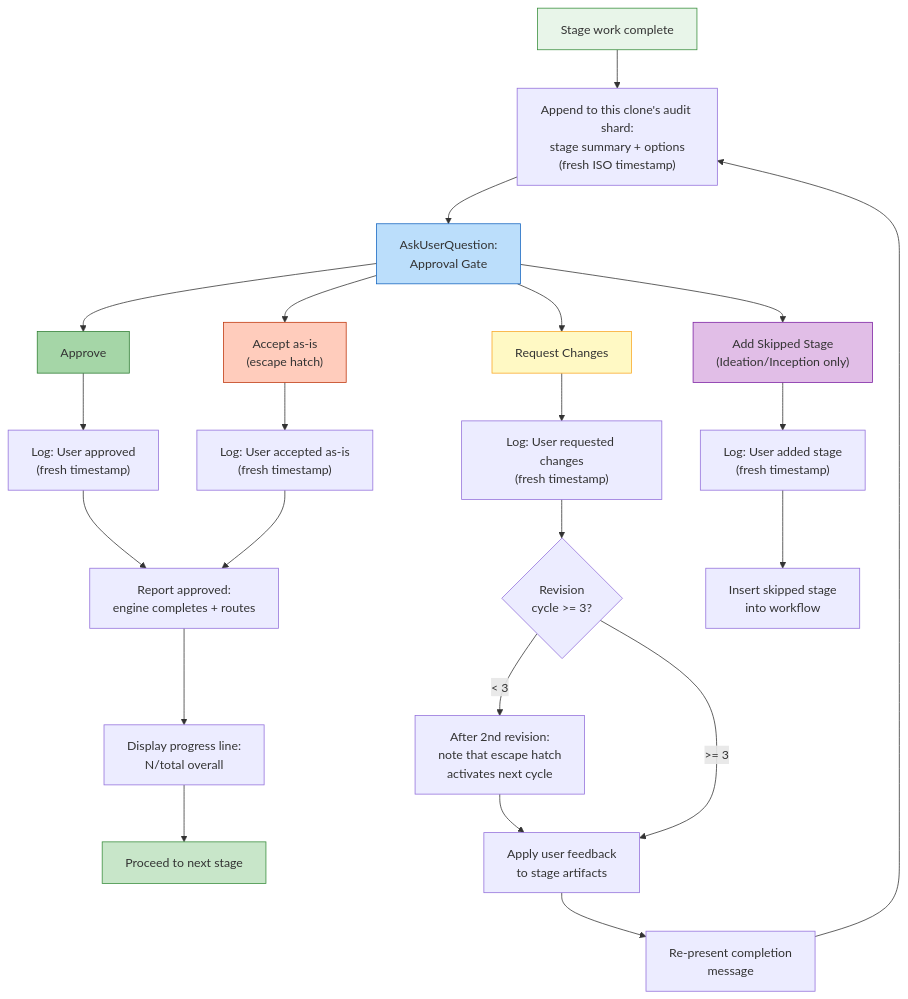
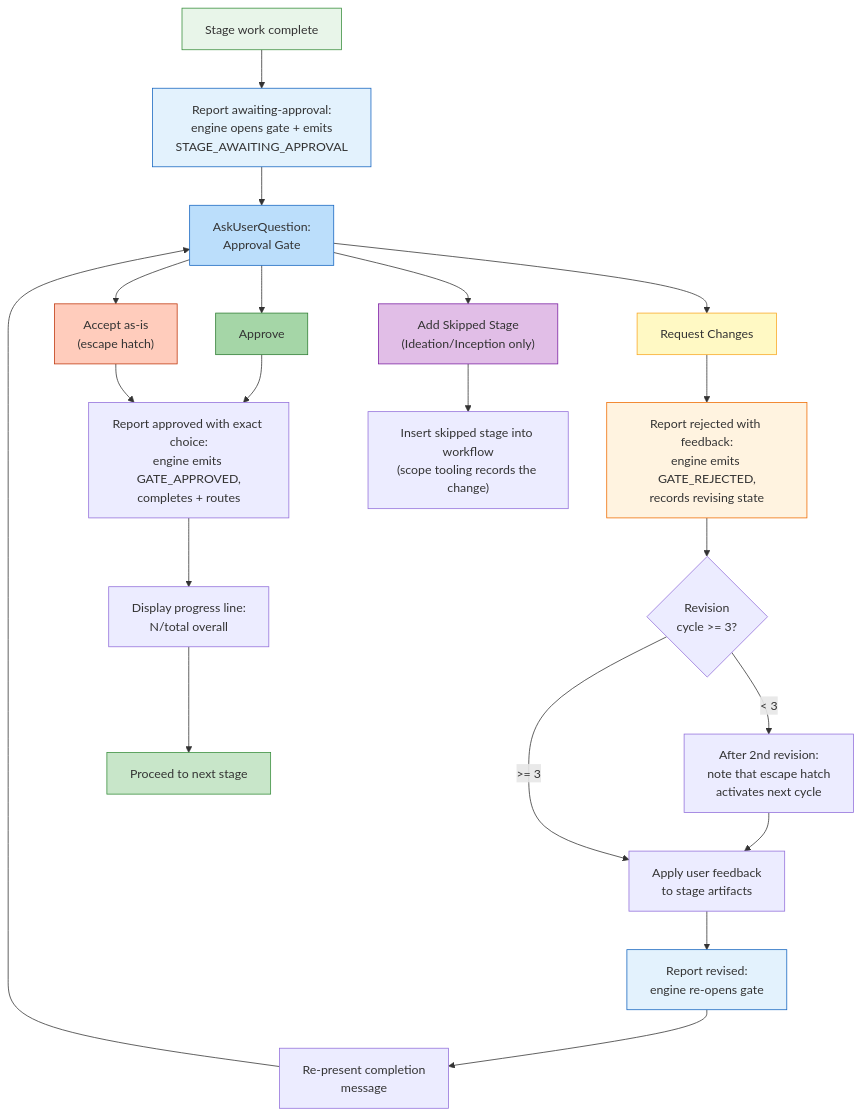
Before and after one commit to awslabs/aidlc-workflows: the diagram in docs/guide/07-interaction-modes.md, drawn with Mermaid. The commit also changed other lines of this file and 15 other files, not shown here.

````diff
--- a/docs/guide/07-interaction-modes.md
+++ b/docs/guide/07-interaction-modes.md
@@ -78,51 +78,51 @@
 ```mermaid
 flowchart TD
     COMPLETE["Stage work complete"]
-    AUDIT_PRE["Append to this clone's audit shard:\nstage summary + options\n(fresh ISO timestamp)"]
+    REPORT_AWAITING["Report awaiting-approval:\nengine opens gate + emits\nSTAGE_AWAITING_APPROVAL"]
     ASK["AskUserQuestion:\nApproval Gate"]
 
     APPROVE["Approve"]
     CHANGES["Request Changes"]
     ACCEPT["Accept as-is\n(escape hatch)"]
     ADD_STAGE["Add Skipped Stage\n(Ideation/Inception only)"]
 
-    AUDIT_POST_A["Log: User approved\n(fresh timestamp)"]
-    AUDIT_POST_C["Log: User requested changes\n(fresh timestamp)"]
-    AUDIT_POST_ACC["Log: User accepted as-is\n(fresh timestamp)"]
-    AUDIT_POST_ADD["Log: User added stage\n(fresh timestamp)"]
-
     REVISION_COUNT{"Revision\ncycle >= 3?"}
     NOTE_2ND["After 2nd revision:\nnote that escape hatch\nactivates next cycle"]
 
-    REPORT_APPROVED["Report approved:\nengine completes + routes"]
+    REPORT_APPROVED["Report approved with exact choice:\nengine emits GATE_APPROVED,\ncompletes + routes"]
+    REPORT_REJECTED["Report rejected with feedback:\nengine emits GATE_REJECTED,\nrecords revising state"]
+    REPORT_REVISED["Report revised:\nengine re-opens gate"]
     PROGRESS["Display progress line:\nN/total overall"]
     NEXT_STAGE["Proceed to next stage"]
 
     REVISE["Apply user feedback\nto stage artifacts"]
     RE_PRESENT["Re-present completion\nmessage"]
 
-    ADD_EXEC["Insert skipped stage\ninto workflow"]
+    ADD_EXEC["Insert skipped stage into workflow\n(scope tooling records the change)"]
 
-    COMPLETE --> AUDIT_PRE --> ASK
+    COMPLETE --> REPORT_AWAITING --> ASK
     ASK --> APPROVE
     ASK --> CHANGES
     ASK --> ACCEPT
     ASK --> ADD_STAGE
 
-    APPROVE --> AUDIT_POST_A --> REPORT_APPROVED --> PROGRESS --> NEXT_STAGE
-    ACCEPT --> AUDIT_POST_ACC --> REPORT_APPROVED
+    APPROVE --> REPORT_APPROVED --> PROGRESS --> NEXT_STAGE
+    ACCEPT --> REPORT_APPROVED
 
-    CHANGES --> AUDIT_POST_C --> REVISION_COUNT
-    REVISION_COUNT -->|"< 3"| NOTE_2ND --> REVISE --> RE_PRESENT --> AUDIT_PRE
+    CHANGES --> REPORT_REJECTED --> REVISION_COUNT
+    REVISION_COUNT -->|"< 3"| NOTE_2ND --> REVISE --> REPORT_REVISED --> RE_PRESENT --> ASK
     REVISION_COUNT -->|">= 3"| REVISE
 
-    ADD_STAGE --> AUDIT_POST_ADD --> ADD_EXEC
+    ADD_STAGE --> ADD_EXEC
 
     style COMPLETE fill:#e8f5e9,stroke:#388e3c
+    style REPORT_AWAITING fill:#e3f2fd,stroke:#1565c0
     style ASK fill:#bbdefb,stroke:#1565c0
     style APPROVE fill:#a5d6a7,stroke:#2e7d32
     style CHANGES fill:#fff9c4,stroke:#f9a825
+    style REPORT_REJECTED fill:#fff3e0,stroke:#ef6c00
+    style REPORT_REVISED fill:#e3f2fd,stroke:#1565c0
     style ACCEPT fill:#ffccbc,stroke:#bf360c
     style ADD_STAGE fill:#e1bee7,stroke:#7b1fa2
     style NEXT_STAGE fill:#c8e6c9,stroke:#388e3c
 ```
````
